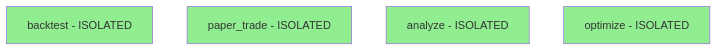
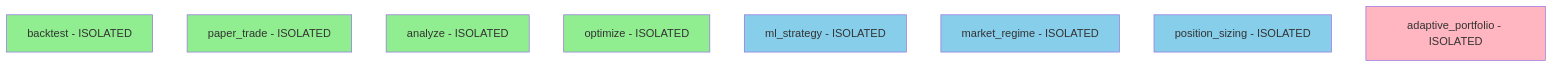
The diagram in src/bot_v2/SLICES.md (Solders-Girdles/GPT-Trader), drawn with Mermaid before and after one commit. The commit also changed other lines of this file and 1632 other files, not shown here.

````diff
--- a/src/bot_v2/SLICES.md
+++ b/src/bot_v2/SLICES.md
@@ -171,12 +233,20 @@
 ```mermaid
 graph TD
     backtest[backtest - ISOLATED]
     paper_trade[paper_trade - ISOLATED]
     analyze[analyze - ISOLATED]
     optimize[optimize - ISOLATED]
+    ml_strategy[ml_strategy - ISOLATED]
+    market_regime[market_regime - ISOLATED]
+    position_sizing[position_sizing - ISOLATED]
+    adaptive_portfolio[adaptive_portfolio - ISOLATED]
     
     style backtest fill:#90EE90
     style paper_trade fill:#90EE90
     style analyze fill:#90EE90
     style optimize fill:#90EE90
+    style ml_strategy fill:#87CEEB
+    style market_regime fill:#87CEEB
+    style position_sizing fill:#87CEEB
+    style adaptive_portfolio fill:#FFB6C1
 ```
````
